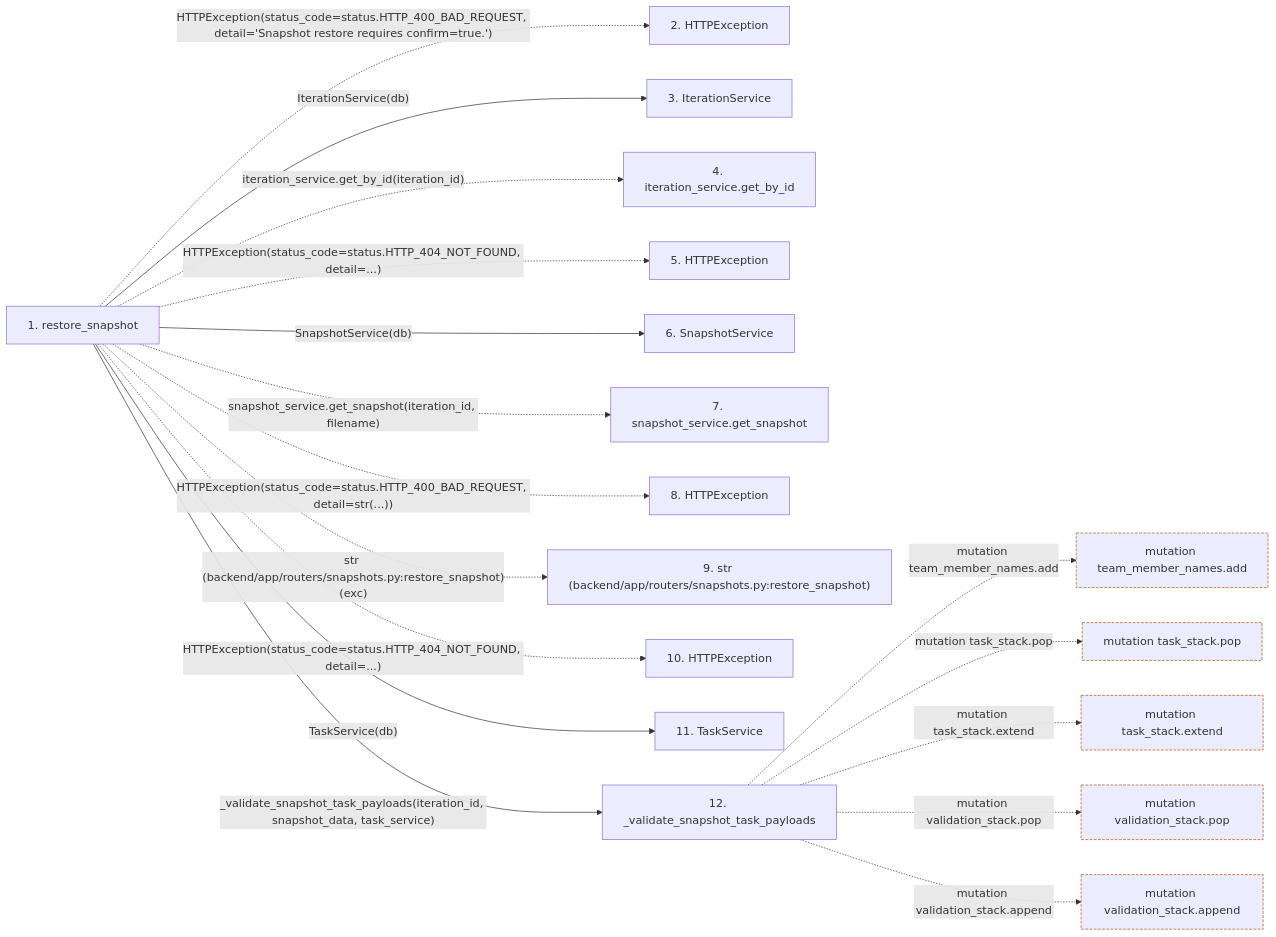
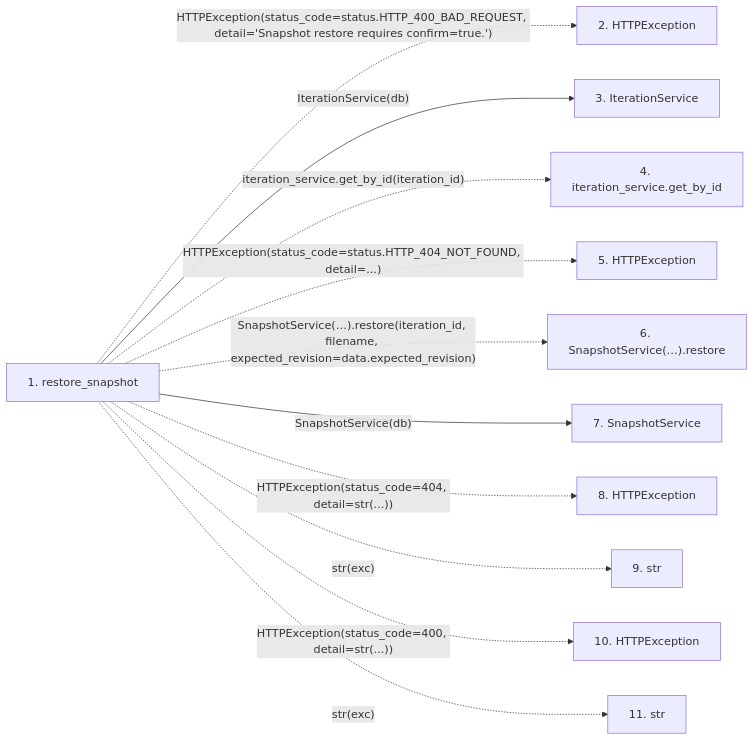
The second of 2 diagrams in docs/llm_wiki/flows/http-restore_snapshot.md (Denissvgn/WorkChord), drawn with Mermaid before and after one commit. The commit also changed other lines of this file and 958 other files, not shown here.

First line of the commit message:
docs(wiki): refresh identity and recovery architecture

````diff
--- a/docs/llm_wiki/flows/http-restore_snapshot.md
+++ b/docs/llm_wiki/flows/http-restore_snapshot.md
@@ -80,47 +34,27 @@
 ```mermaid
 flowchart LR
     s1["1. restore_snapshot"]
     s2["2. HTTPException"]
     s3["3. IterationService"]
     s4["4. iteration_service.get_by_id"]
     s5["5. HTTPException"]
-    s6["6. SnapshotService"]
-    s7["7. snapshot_service.get_snapshot"]
+    s6["6. SnapshotService(…).restore"]
+    s7["7. SnapshotService"]
     s8["8. HTTPException"]
-    s9["9. str (backend/app/routers/snapshots.py:restore_snapshot)"]
+    s9["9. str"]
     s10["10. HTTPException"]
-    s11["11. TaskService"]
-    s12["12. _validate_snapshot_task_payloads"]
+    s11["11. str"]
     s1 -. "HTTPException(status_code=status.HTTP_400_BAD_REQUEST, detail='Snapshot restore requires confirm=true.')" .-> s2
     s1 -->|"IterationService(db)"| s3
     s1 -. "iteration_service.get_by_id(iteration_id)" .-> s4
     s1 -. "HTTPException(status_code=status.HTTP_404_NOT_FOUND, detail=...)" .-> s5
-    s1 -->|"SnapshotService(db)"| s6
-    s1 -. "snapshot_service.get_snapshot(iteration_id, filename)" .-> s7
-    s1 -. "HTTPException(status_code=status.HTTP_400_BAD_REQUEST, detail=str(...))" .-> s8
-    s1 -. "str (backend/app/routers/snapshots.py:restore_snapshot)(exc)" .-> s9
-    s1 -. "HTTPException(status_code=status.HTTP_404_NOT_FOUND, detail=...)" .-> s10
-    s1 -->|"TaskService(db)"| s11
-    s1 -->|"_validate_snapshot_task_payloads(iteration_id, snapshot_data, task_service)"| s12
-    b0["mutation team_member_names.add"]
-    s12 -. "mutation team_member_names.add" .-> b0
-    b1["mutation task_stack.pop"]
-    s12 -. "mutation task_stack.pop" .-> b1
-    b2["mutation task_stack.extend"]
-    s12 -. "mutation task_stack.extend" .-> b2
-    b3["mutation validation_stack.pop"]
-    s12 -. "mutation validation_stack.pop" .-> b3
-    b4["mutation validation_stack.append"]
-    s12 -. "mutation validation_stack.append" .-> b4
+    s1 -. "SnapshotService(…).restore(iteration_id, filename, expected_revision=data.expected_revision)" .-> s6
+    s1 -->|"SnapshotService(db)"| s7
+    s1 -. "HTTPException(status_code=404, detail=str(...))" .-> s8
+    s1 -. "str(exc)" .-> s9
+    s1 -. "HTTPException(status_code=400, detail=str(...))" .-> s10
+    s1 -. "str(exc)" .-> s11
     click s1 "../modules/snapshots.md"
     click s3 "../modules/iteration_service.md"
-    click s6 "../modules/snapshot_service.md"
-    click s11 "../modules/task_service.md"
-    click s12 "../modules/snapshots.md"
-    classDef boundary stroke:#b45309,stroke-dasharray: 4 2
-    class b0 boundary
-    class b1 boundary
-    class b2 boundary
-    class b3 boundary
-    class b4 boundary
+    click s7 "../modules/snapshot_service.md"
 ```
````
